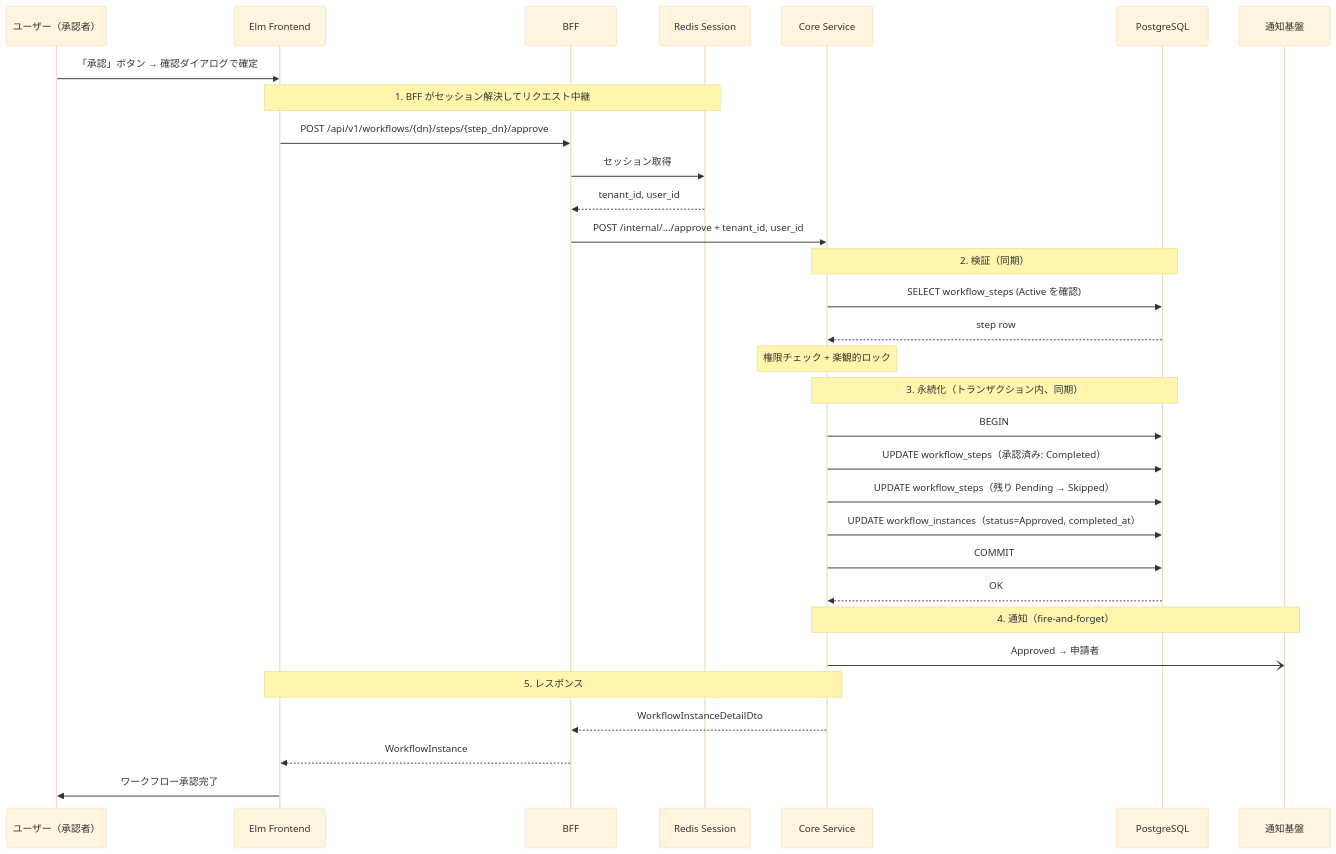
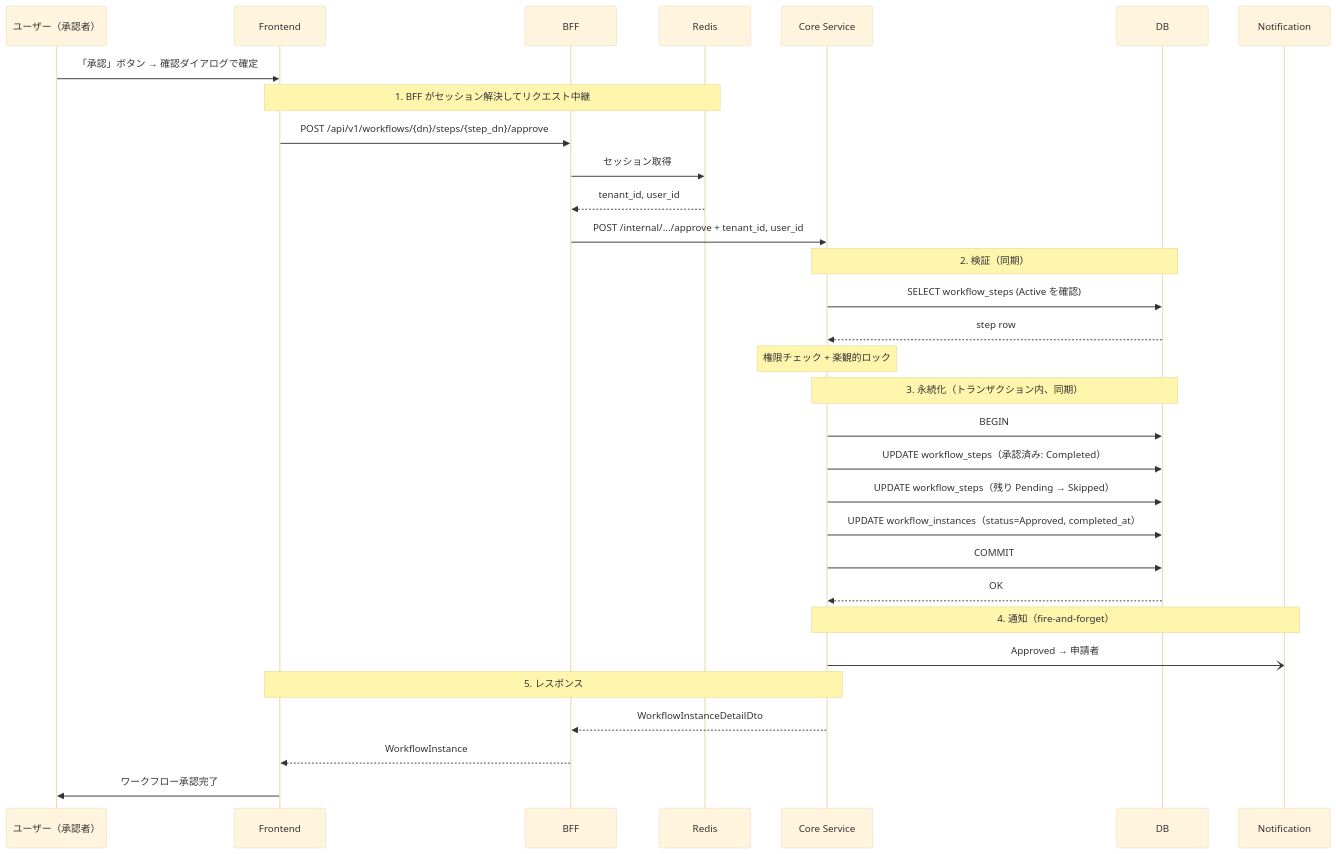
Before and after one commit to ka2kama/ringiflow: the second of 6 diagrams in docs/90_実装解説/ワークフロー/02_承認・却下フロー.md, drawn with Mermaid (base theme). The commit also changed other lines of this file and 2 other files, not shown here.

````diff
--- a/docs/90_実装解説/ワークフロー/02_承認・却下フロー.md
+++ b/docs/90_実装解説/ワークフロー/02_承認・却下フロー.md
@@ -60,39 +60,39 @@
 ```mermaid
 sequenceDiagram
     participant U as ユーザー（承認者）
-    participant Elm as Elm Frontend
+    participant FE as Frontend
     participant BFF as BFF
-    participant Redis as Redis Session
+    participant Redis as Redis
     participant Core as Core Service
-    participant DB as PostgreSQL
-    participant Notify as 通知基盤
+    participant DB as DB
+    participant Notify as Notification
 
-    U->>Elm: 「承認」ボタン → 確認ダイアログで確定
+    U->>FE: 「承認」ボタン → 確認ダイアログで確定
 
-    Note over Elm, Redis: 1. BFF がセッション解決してリクエスト中継
-    Elm->>BFF: POST /api/v1/workflows/{dn}/steps/{step_dn}/approve
+    Note over FE, Redis: 1. BFF がセッション解決してリクエスト中継
+    FE->>BFF: POST /api/v1/workflows/{dn}/steps/{step_dn}/approve
     BFF->>Redis: セッション取得
     Redis-->>BFF: tenant_id, user_id
     BFF->>Core: POST /internal/.../approve + tenant_id, user_id
 
     Note over Core, DB: 2. 検証（同期）
     Core->>DB: SELECT workflow_steps (Active を確認)
     DB-->>Core: step row
     Note over Core: 権限チェック + 楽観的ロック
 
     Note over Core, DB: 3. 永続化（トランザクション内、同期）
     Core->>DB: BEGIN
     Core->>DB: UPDATE workflow_steps（承認済み: Completed）
     Core->>DB: UPDATE workflow_steps（残り Pending → Skipped）
     Core->>DB: UPDATE workflow_instances（status=Approved, completed_at）
     Core->>DB: COMMIT
     DB-->>Core: OK
 
     Note over Core, Notify: 4. 通知（fire-and-forget）
     Core-)Notify: Approved → 申請者
 
-    Note over Core, Elm: 5. レスポンス
+    Note over Core, FE: 5. レスポンス
     Core-->>BFF: WorkflowInstanceDetailDto
-    BFF-->>Elm: WorkflowInstance
-    Elm->>U: ワークフロー承認完了
+    BFF-->>FE: WorkflowInstance
+    FE->>U: ワークフロー承認完了
 ```
````
